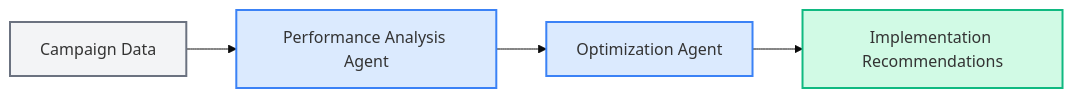
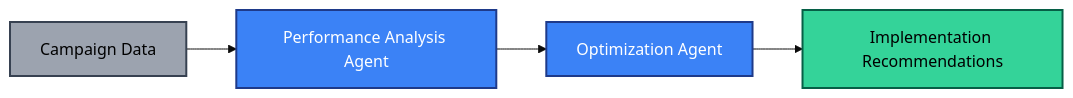
Before and after one commit to lraigosov/multi-agent: the second of 3 diagrams in README.md, drawn with Mermaid (base theme). The commit also changed other lines of this file, not shown here.

Commit message:
style: Use darker colors for better text readability in diagrams

````diff
--- a/README.md
+++ b/README.md
@@ -588,11 +588,11 @@
 ```mermaid
 graph LR
     A[Campaign Data] --> B[Performance Analysis Agent]
     B --> C[Optimization Agent]
     C --> D[Implementation Recommendations]
     
-    style A fill:#f3f4f6,stroke:#6b7280,stroke-width:2px
-    style B fill:#dbeafe,stroke:#3b82f6,stroke-width:2px
-    style C fill:#dbeafe,stroke:#3b82f6,stroke-width:2px
-    style D fill:#d1fae5,stroke:#10b981,stroke-width:2px
+    style A fill:#9ca3af,stroke:#374151,stroke-width:2px,color:#000
+    style B fill:#3b82f6,stroke:#1e3a8a,stroke-width:2px,color:#fff
+    style C fill:#3b82f6,stroke:#1e3a8a,stroke-width:2px,color:#fff
+    style D fill:#34d399,stroke:#065f46,stroke-width:2px,color:#000
 ```
````
